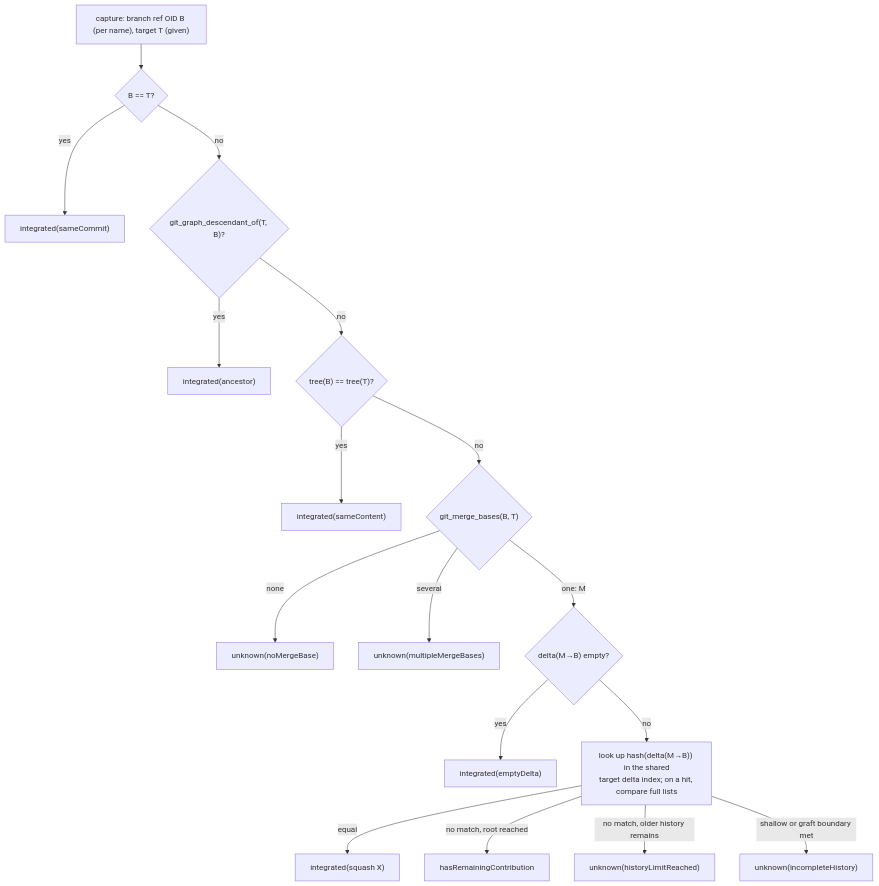
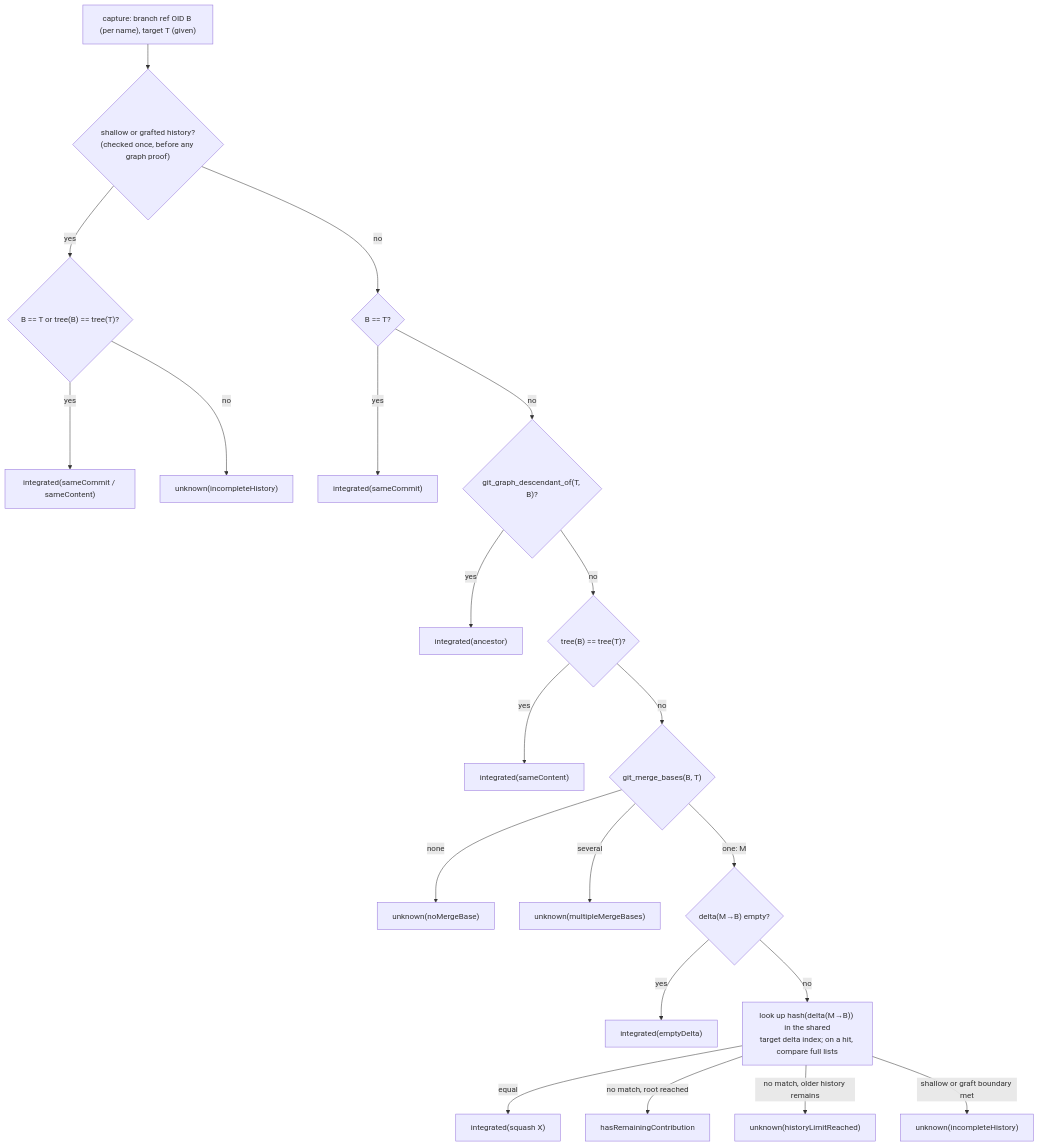
Before and after one commit to getagentstudio/agentstudio: the third of 8 diagrams in docs/specs/2026-09-30-worktree-lifecycle/2026-09-30-worktree-lifecycle-program-design.md, drawn with Mermaid. The commit also changed other lines of this file and 2 other files, not shown here.

````diff
--- a/docs/specs/2026-09-30-worktree-lifecycle/2026-09-30-worktree-lifecycle-program-design.md
+++ b/docs/specs/2026-09-30-worktree-lifecycle/2026-09-30-worktree-lifecycle-program-design.md
@@ -231,19 +323,23 @@
 ```mermaid
 flowchart TB
-  S["capture: branch ref OID B (per name), target T (given)"] --> C1{"B == T?"}
+  S["capture: branch ref OID B (per name), target T (given)"] --> OV{"shallow or grafted history?<br/>(checked once, before any graph proof)"}
+  OV -->|yes| OVY{"B == T or tree(B) == tree(T)?"}
+  OVY -->|yes| P0["integrated(sameCommit / sameContent)"]
+  OVY -->|no| U0["unknown(incompleteHistory)"]
+  OV -->|no| C1{"B == T?"}
   C1 -->|yes| P1["integrated(sameCommit)"]
   C1 -->|no| C2{"git_graph_descendant_of(T, B)?"}
   C2 -->|yes| P2["integrated(ancestor)"]
   C2 -->|no| C3{"tree(B) == tree(T)?"}
   C3 -->|yes| P3["integrated(sameContent)"]
   C3 -->|no| MB{"git_merge_bases(B, T)"}
   MB -->|none| U1["unknown(noMergeBase)"]
   MB -->|several| U2["unknown(multipleMergeBases)"]
   MB -->|one: M| D{"delta(M→B) empty?"}
   D -->|yes| P4["integrated(emptyDelta)"]
   D -->|no| SQ["look up hash(delta(M→B)) in the shared<br/>target delta index; on a hit, compare full lists"]
   SQ -->|equal| P5["integrated(squash X)"]
   SQ -->|no match, root reached| R["hasRemainingContribution"]
   SQ -->|no match, older history remains| U3["unknown(historyLimitReached)"]
   SQ -->|shallow or graft boundary met| U4["unknown(incompleteHistory)"]
 ```
````
